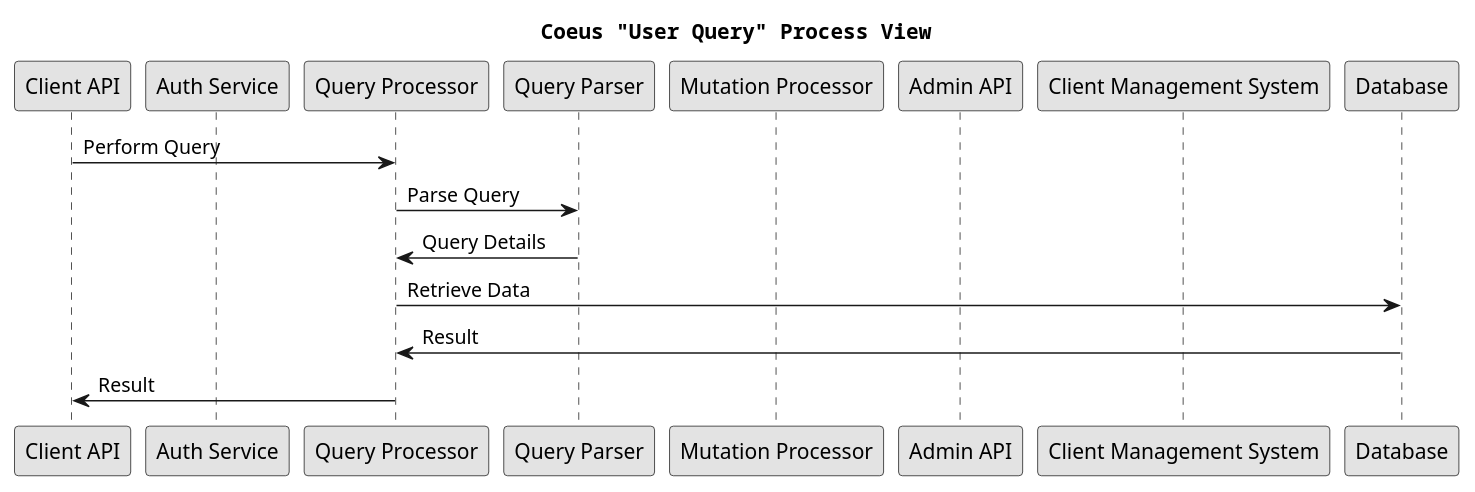
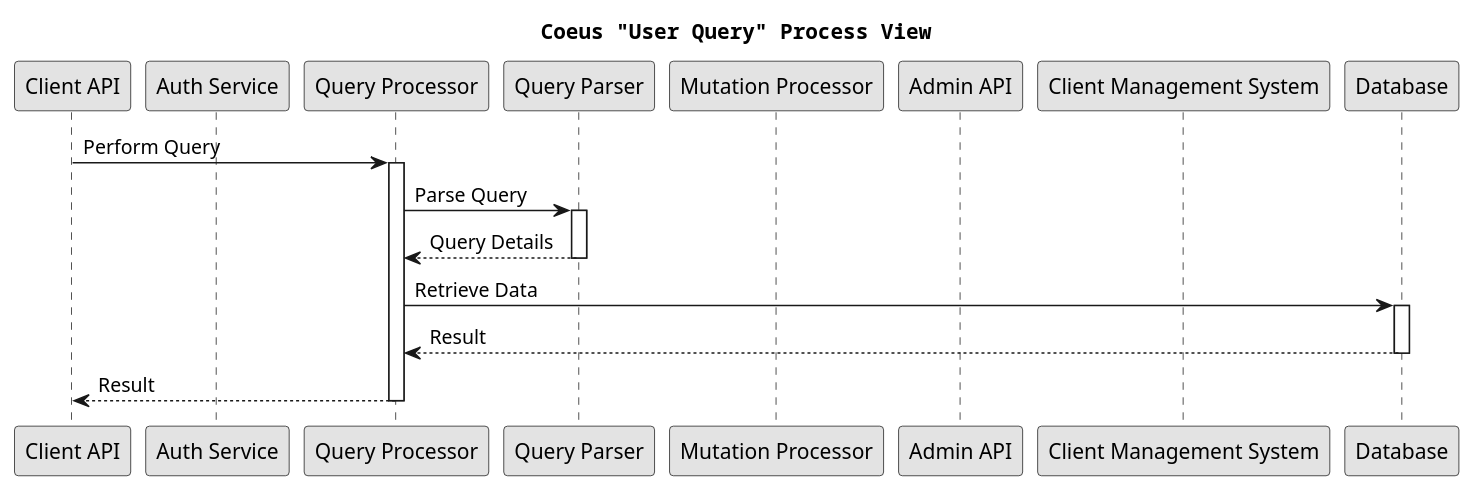
Before and after one commit to USI-MSDE-SA-2022/software-architecture-model-Annonymus-v02: diagram 15 of 17 in src/sa/model/index.md, drawn with PlantUML. The commit also changed other lines of this file and 1 other file, not shown here.

````diff
--- a/src/sa/model/index.md
+++ b/src/sa/model/index.md
@@ -733,25 +734,26 @@
 ```puml
 @startuml
 title Coeus "User Query" Process View
+autoactivate on
 
 participant "Client API" as CAPI
 participant "Auth Service" as AUTH
 participant "Query Processor" as PROC
 participant "Query Parser" as PARSE
 participant "Mutation Processor" as MUT
 participant "Admin API" as ADM_API
 participant "Client Management System" as ADM
 participant "Database" as DB
 
 CAPI -> PROC: Perform Query
 PROC -> PARSE: Parse Query
-PROC <- PARSE: Query Details
+return Query Details
 PROC -> DB: Retrieve Data
-PROC <- DB: Result
-CAPI <- PROC: Result
+return Result
+return Result
 
 skinparam monochrome true
 skinparam shadowing false
 skinparam defaultFontName Courier
 @enduml
 ```
````
